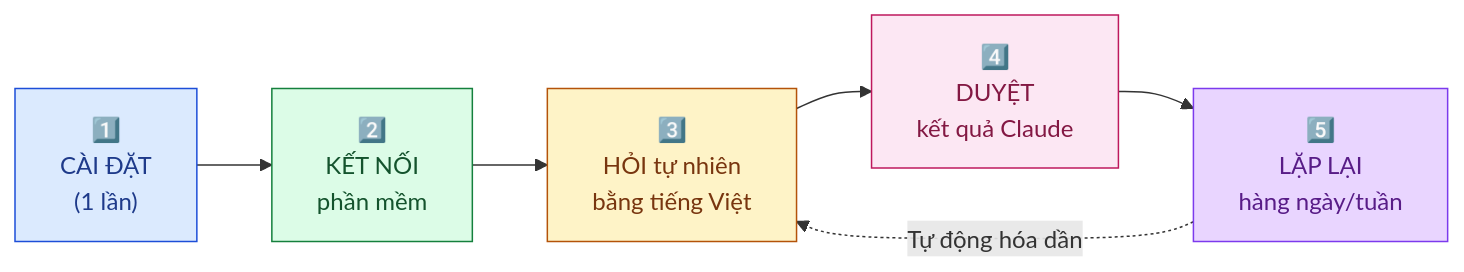
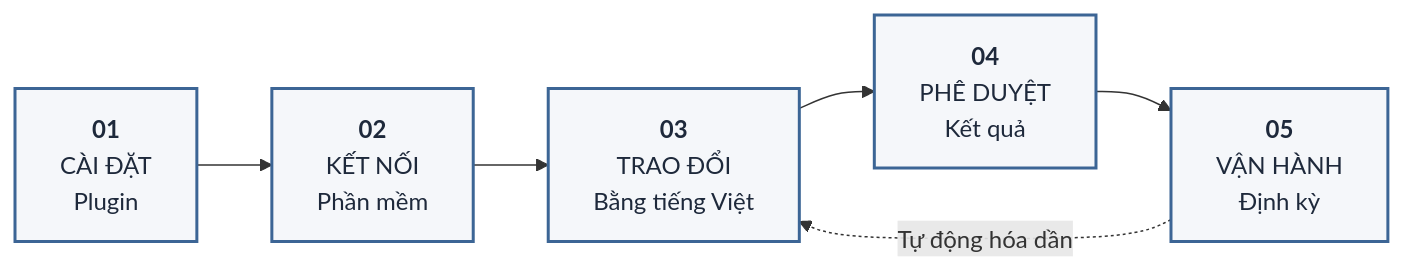
One commit to Peternguyen91/agent-teams-sme-cesglobal changed the second of 2 diagrams in README.md. Above: the diagram before and after it, drawn with Mermaid. The commit also changed other lines of this file, not shown here.

````diff
--- a/README.md
+++ b/README.md
@@ -131,11 +104,13 @@
 ```mermaid
 flowchart LR
-    A["1️⃣<br/>CÀI ĐẶT<br/>(1 lần)"]:::s1 --> B["2️⃣<br/>KẾT NỐI<br/>phần mềm"]:::s2 --> C["3️⃣<br/>HỎI tự nhiên<br/>bằng tiếng Việt"]:::s3 --> D["4️⃣<br/>DUYỆT<br/>kết quả Claude"]:::s4 --> E["5️⃣<br/>LẶP LẠI<br/>hàng ngày/tuần"]:::s5
+    A["<b>01</b><br/>CÀI ĐẶT<br/>Plugin"]:::step
+    B["<b>02</b><br/>KẾT NỐI<br/>Phần mềm"]:::step
+    C["<b>03</b><br/>TRAO ĐỔI<br/>Bằng tiếng Việt"]:::step
+    D["<b>04</b><br/>PHÊ DUYỆT<br/>Kết quả"]:::step
+    E["<b>05</b><br/>VẬN HÀNH<br/>Định kỳ"]:::step
+
+    A --> B --> C --> D --> E
     E -.->|Tự động hóa dần| C
 
-    classDef s1 fill:#dbeafe,stroke:#1d4ed8,color:#1e3a8a
-    classDef s2 fill:#dcfce7,stroke:#15803d,color:#14532d
-    classDef s3 fill:#fef3c7,stroke:#b45309,color:#78350f
-    classDef s4 fill:#fce7f3,stroke:#be185d,color:#831843
-    classDef s5 fill:#e9d5ff,stroke:#7c3aed,color:#581c87
+    classDef step fill:#f5f7fa,stroke:#3c6595,stroke-width:2px,color:#1e293b
 ```
````
